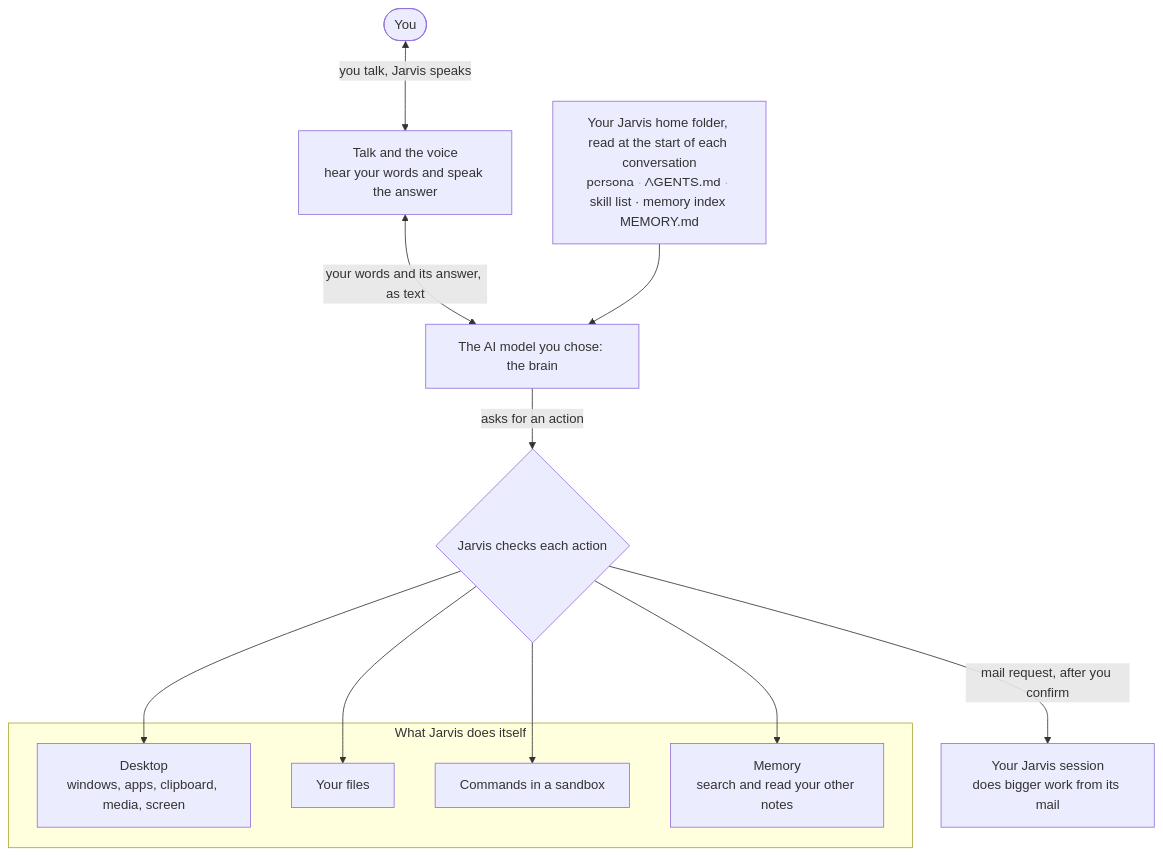
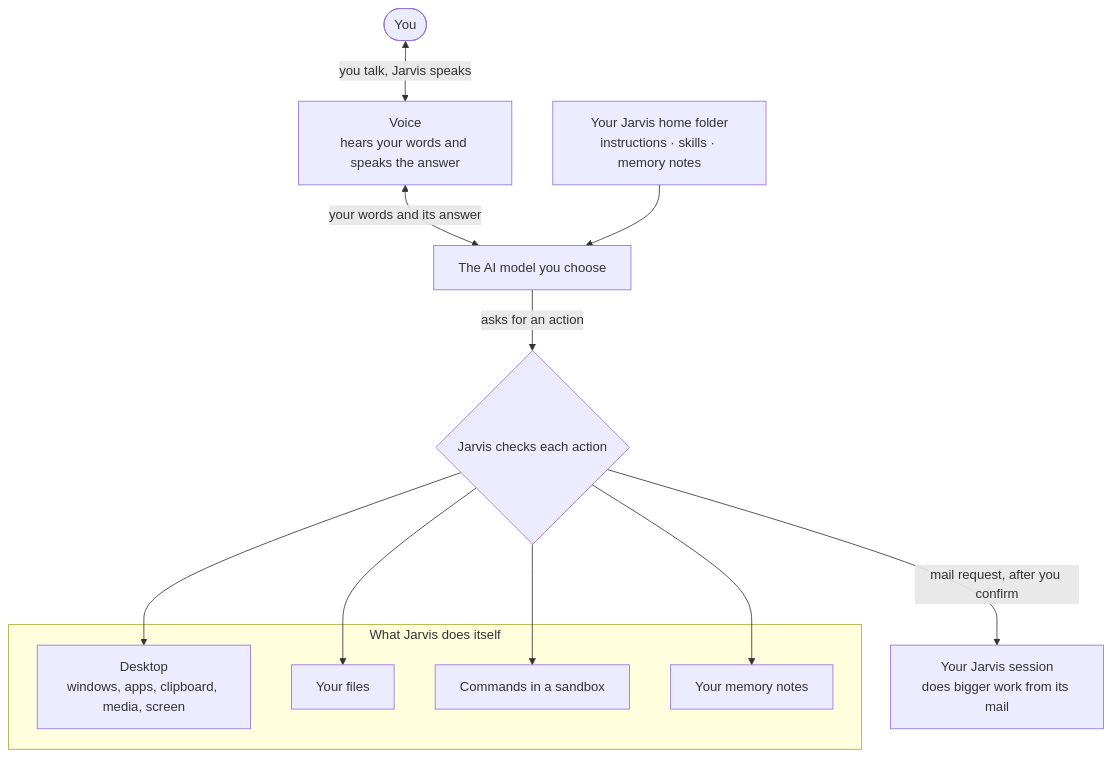
The diagram in shell/plugins/vgs.jarvis/README.md (vanillagreencom/vgshell), drawn with Mermaid before and after one commit. The commit also changed other lines of this file and 33 other files, not shown here.

````diff
--- a/shell/plugins/vgs.jarvis/README.md
+++ b/shell/plugins/vgs.jarvis/README.md
@@ -35,22 +27,22 @@
 ```mermaid
 flowchart TD
     you(["You"])
-    voice["Talk and the voice<br/>hear your words and speak the answer"]
-    home["Your Jarvis home folder, read at the start of each conversation<br/>persona · AGENTS.md · skill list · memory index MEMORY.md"]
-    model["The AI model you chose: the brain"]
+    voice["Voice<br/>hears your words and speaks the answer"]
+    home["Your Jarvis home folder<br/>instructions · skills · memory notes"]
+    model["The AI model you choose"]
     check{"Jarvis checks each action"}
     subgraph own["What Jarvis does itself"]
         desktop["Desktop<br/>windows, apps, clipboard, media, screen"]
         files["Your files"]
         shell["Commands in a sandbox"]
-        memory["Memory<br/>search and read your other notes"]
+        memory["Your memory notes"]
     end
     session["Your Jarvis session<br/>does bigger work from its mail"]
 
     you <-- "you talk, Jarvis speaks" --> voice
-    voice <-- "your words and its answer, as text" --> model
+    voice <-- "your words and its answer" --> model
     home --> model
     model -- "asks for an action" --> check
     check --> desktop & files & shell & memory
     check -- "mail request, after you confirm" --> session
 ```
````
